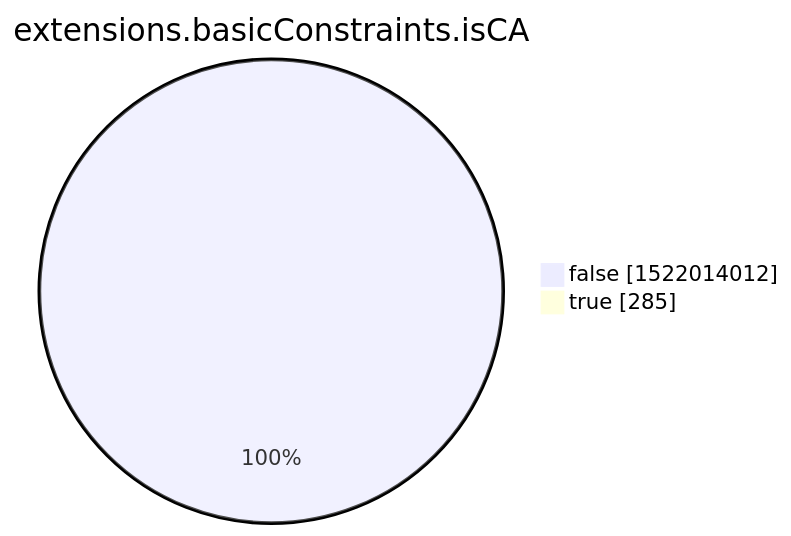
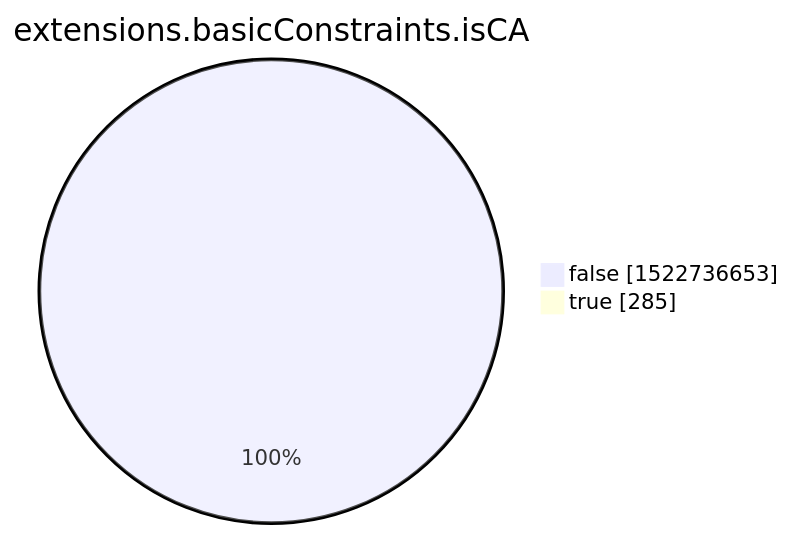
Before and after one commit to christiankrug/ctmonitor_visualization: the eighth of 15 diagrams in xenon2022/README.md, drawn with Mermaid. The commit also changed other lines of this file, not shown here.

````diff
--- a/xenon2022/README.md
+++ b/xenon2022/README.md
@@ -2855,6 +2856,6 @@
 ```mermaid
 pie showData
 title extensions.basicConstraints.isCA
-"false" :1522014012
+"false" :1522736653
 "true" :285
 ```
````
